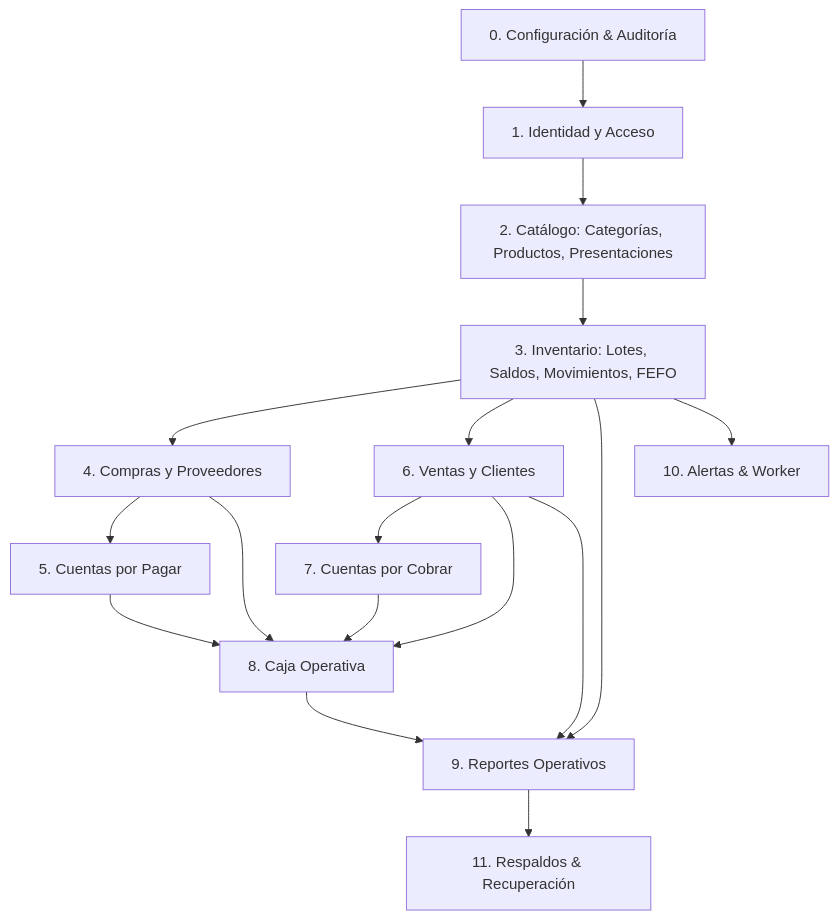
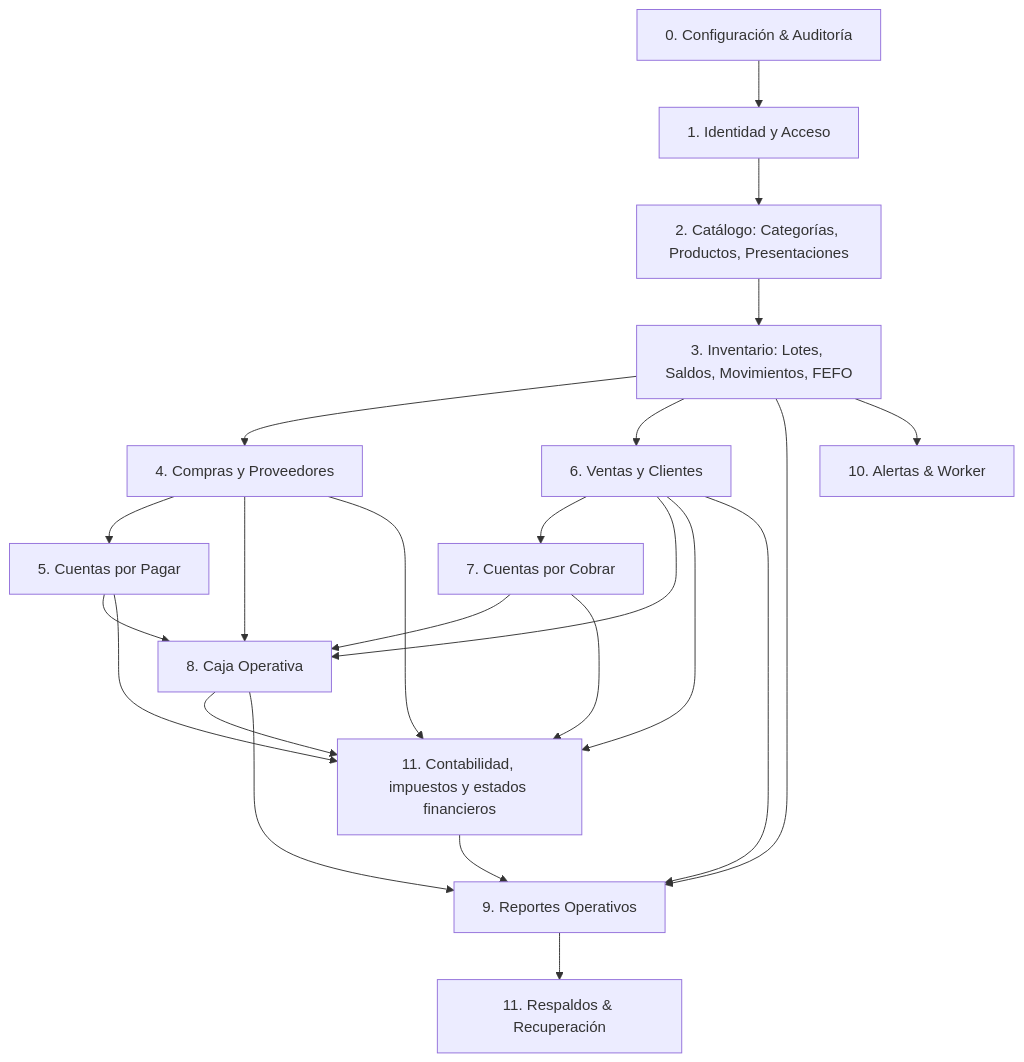
One commit to davidhd709/farmacontrol changed the diagram in docs/PLAN_DESARROLLO.md. Above: the diagram before and after it, drawn with Mermaid. The commit also changed other lines of this file and 10 other files, not shown here.

Commit message:
docs(architecture): add client backlog, accounting module design and requirements v0.2

````diff
--- a/docs/PLAN_DESARROLLO.md
+++ b/docs/PLAN_DESARROLLO.md
@@ -98,19 +100,25 @@
 ```mermaid
 flowchart TD
     CONFIG[0. Configuración & Auditoría] --> AUTH[1. Identidad y Acceso]
     AUTH --> CAT[2. Catálogo: Categorías, Productos, Presentaciones]
     CAT --> INV[3. Inventario: Lotes, Saldos, Movimientos, FEFO]
     INV --> COMP[4. Compras y Proveedores]
     COMP --> CXP[5. Cuentas por Pagar]
     INV --> VENT[6. Ventas y Clientes]
     VENT --> CXC[7. Cuentas por Cobrar]
     VENT --> CAJA[8. Caja Operativa]
     COMP --> CAJA
     CXP --> CAJA
     CXC --> CAJA
+    VENT --> CONT[11. Contabilidad, impuestos y estados financieros]
+    COMP --> CONT
+    CXP --> CONT
+    CXC --> CONT
+    CAJA --> CONT
     VENT --> REP[9. Reportes Operativos]
     INV --> REP
     CAJA --> REP
+    CONT --> REP
     INV --> NOTIF[10. Alertas & Worker]
     REP --> BKP[11. Respaldos & Recuperación]
 ```
````
